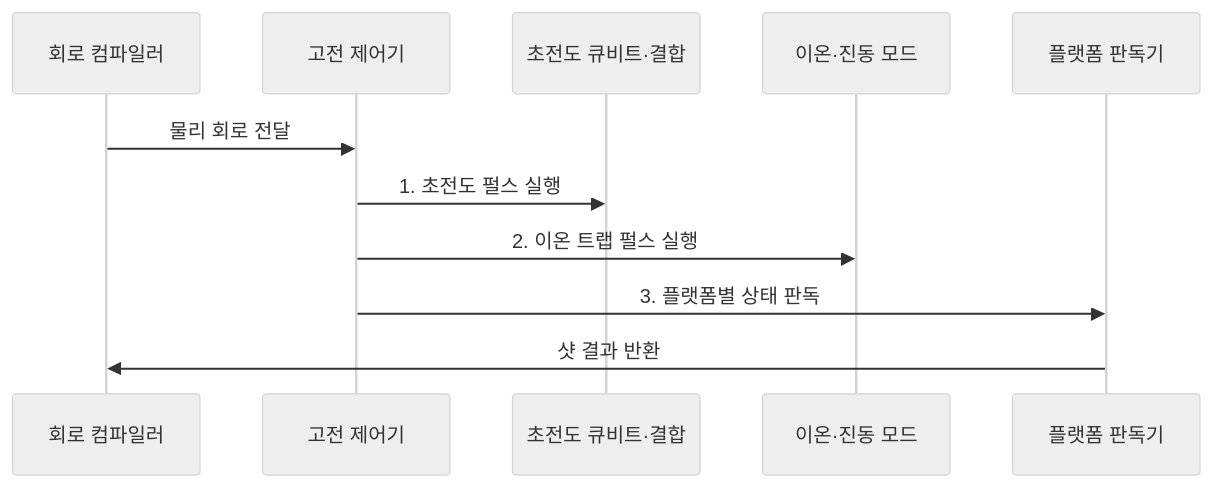
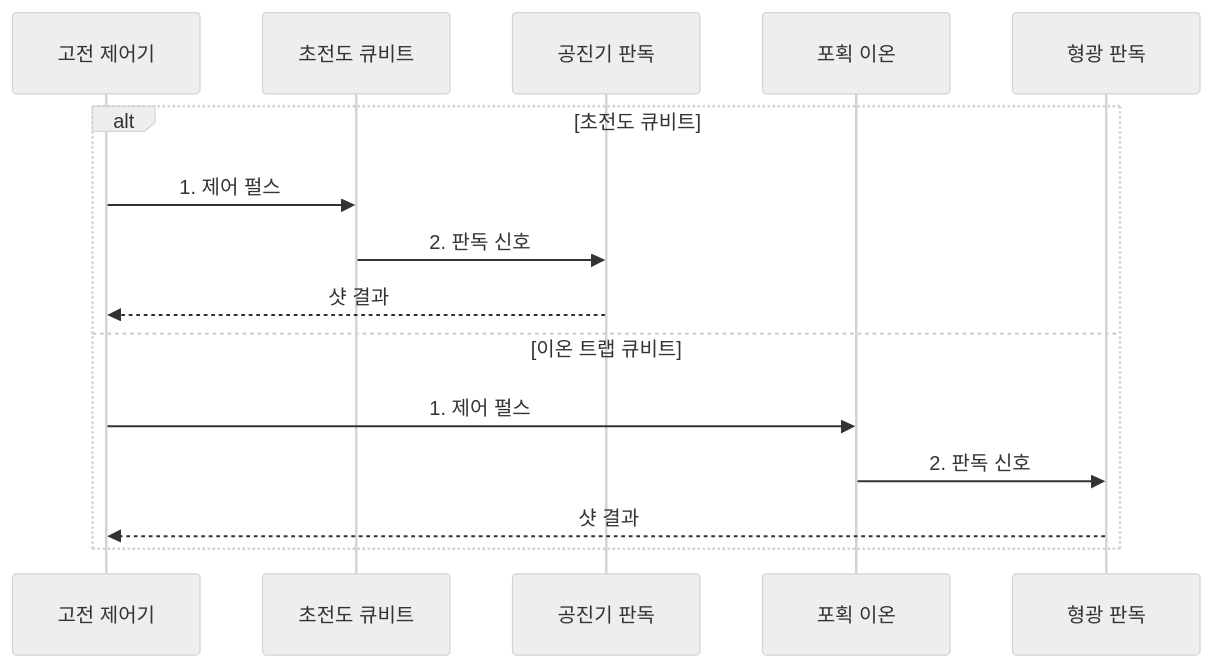
One commit to agnusdei1207/knowledge-base changed the second of 2 diagrams in src/content/docs/notes/02-hardware/073_quantum_processor_technologies.md. Above: the diagram before and after it, drawn with Mermaid (neutral theme). The commit also changed other lines of this file and 20 other files, not shown here.

````diff
--- a/src/content/docs/notes/02-hardware/073_quantum_processor_technologies.md
+++ b/src/content/docs/notes/02-hardware/073_quantum_processor_technologies.md
@@ -88,14 +89,18 @@
 ```mermaid
 sequenceDiagram
-    participant C as 회로 컴파일러
     participant H as 고전 제어기
-    participant S as 초전도 큐비트·결합
-    participant I as 이온·진동 모드
-    participant D as 플랫폼 판독기
+    participant S as 초전도 큐비트
+    participant R as 공진기 판독
+    participant I as 포획 이온
+    participant F as 형광 판독
 
-    C->>H: 물리 회로 전달
-    H->>S: 1. 초전도 펄스 실행
-    H->>I: 2. 이온 트랩 펄스 실행
-    H->>D: 3. 플랫폼별 상태 판독
-    D->>C: 샷 결과 반환
+    alt 초전도 큐비트
+        H->>S: 1. 제어 펄스
+        S->>R: 2. 판독 신호
+        R-->>H: 샷 결과
+    else 이온 트랩 큐비트
+        H->>I: 1. 제어 펄스
+        I->>F: 2. 판독 신호
+        F-->>H: 샷 결과
+    end
 ```
````
